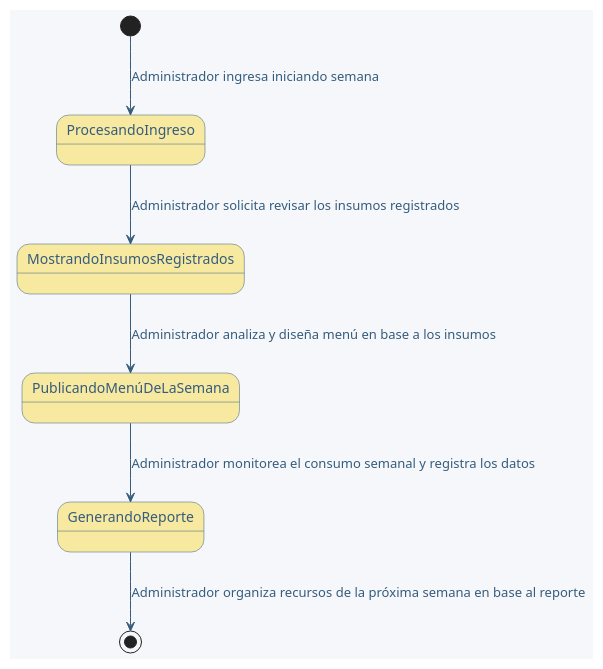
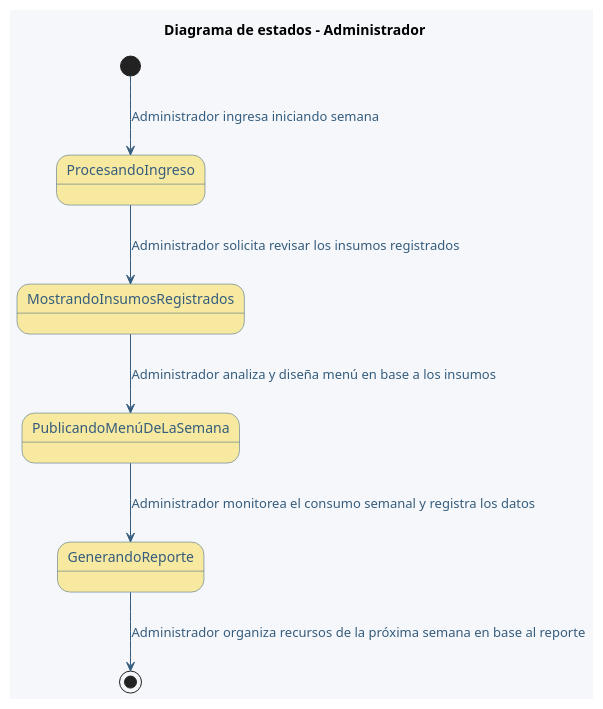
One commit to IsaacTou/IS--8---C1- changed the diagram in docs/ModeloDeNegocios/diagrama_de_estadosAdministrador.plantuml. Above: the diagram before and after it, drawn with PlantUML. The commit also changed 8 other files, not shown here.

```diff
--- a/docs/ModeloDeNegocios/diagrama_de_estadosAdministrador.plantuml
+++ b/docs/ModeloDeNegocios/diagrama_de_estadosAdministrador.plantuml
@@ -1,20 +1,21 @@
 @startuml DiagramaDeEstados (Administrador)
+title Diagrama de estados - Administrador
 
 ' Colores generales
 skinparam backgroundColor #F5F7FA
 skinparam stateStartColor #A7C7E7
 skinparam stateEndColor #F67280
 skinparam stateBackgroundColor #F8E9A1
 skinparam stateBorderColor #355C7D
 skinparam stateFontColor #355C7D
 skinparam stateFontSize 14
 skinparam ArrowColor #355C7D
 skinparam ArrowFontColor #355C7D
 
 [*] --> ProcesandoIngreso : Administrador ingresa iniciando semana
 ProcesandoIngreso --> MostrandoInsumosRegistrados : Administrador solicita revisar los insumos registrados
 MostrandoInsumosRegistrados --> PublicandoMenúDeLaSemana : Administrador analiza y diseña menú en base a los insumos
 PublicandoMenúDeLaSemana --> GenerandoReporte: Administrador monitorea el consumo semanal y registra los datos
 GenerandoReporte --> [*] : Administrador organiza recursos de la próxima semana en base al reporte
 
 @enduml
```
